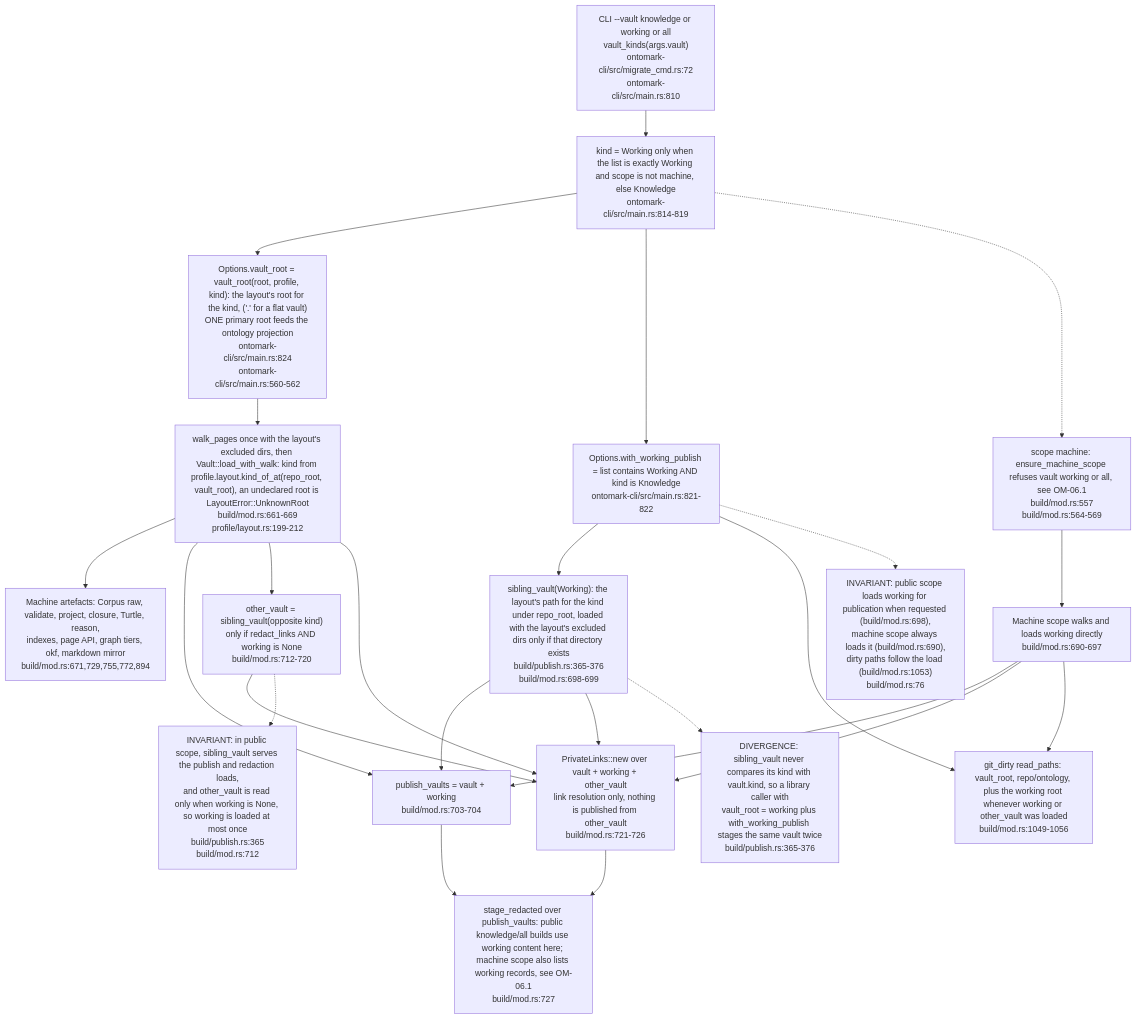
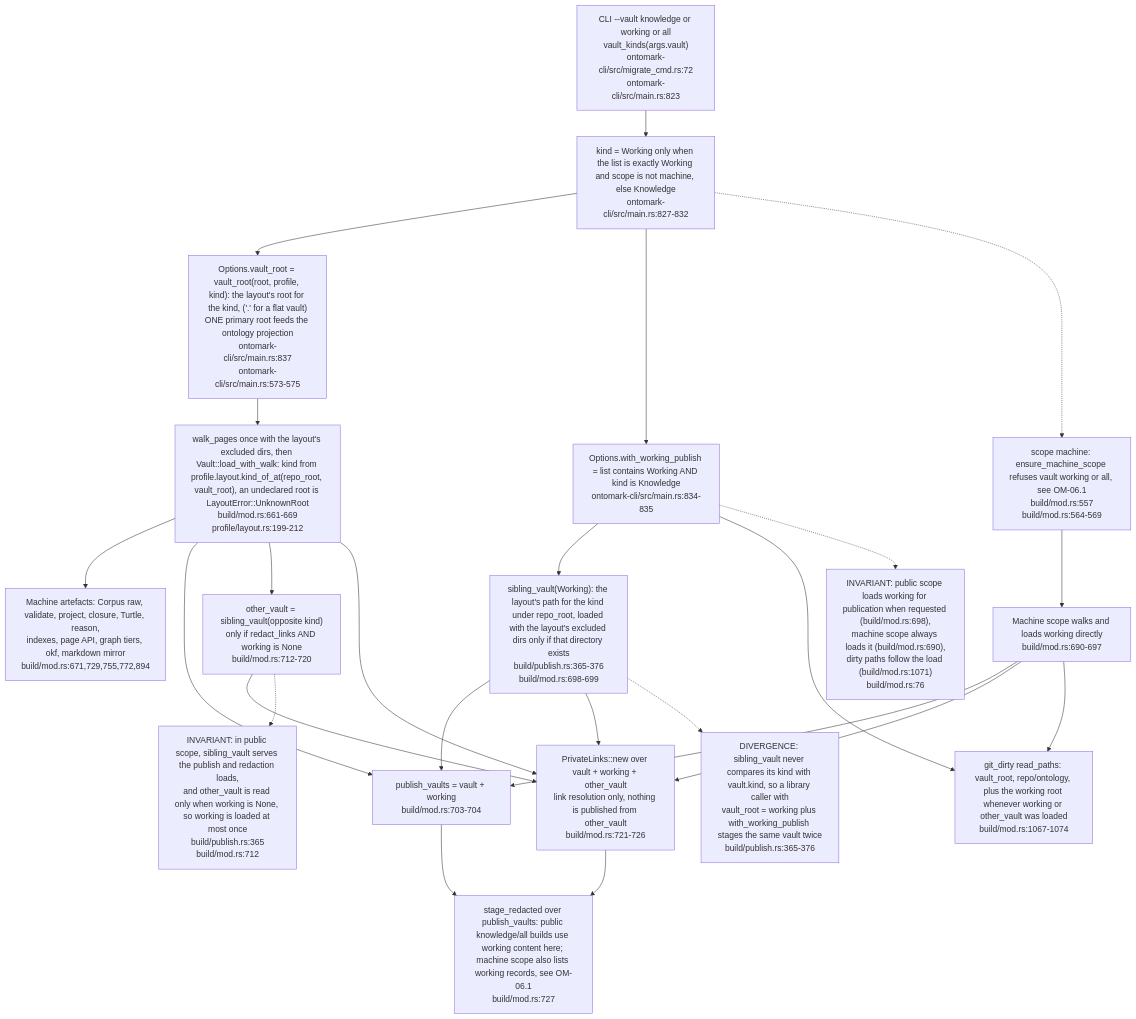
Before and after one commit to DreamLab-AI/VisionFlow: the second of 8 diagrams in docs/diagrams/ontomark/03-build-run-gates-staging-and-generation.md, drawn with Mermaid. The commit also changed other lines of this file and 70 other files, not shown here.

First line of the commit message:
docs(diagrams): re-verify 69 topics at current default-branch heads

````diff
--- a/docs/diagrams/ontomark/03-build-run-gates-staging-and-generation.md
+++ b/docs/diagrams/ontomark/03-build-run-gates-staging-and-generation.md
@@ -77,36 +79,36 @@
 ```mermaid
 flowchart TD
-    ARG["CLI --vault knowledge or working or all<br/>vault_kinds(args.vault)<br/>ontomark-cli/src/migrate_cmd.rs:72<br/>ontomark-cli/src/main.rs:810"]
-    KIND["kind = Working only when the list is exactly Working and scope is not machine, else Knowledge<br/>ontomark-cli/src/main.rs:814-819"]
-    ROOT["Options.vault_root = vault_root(root, profile, kind): the layout's root for the kind, ('.' for a flat vault)<br/>ONE primary root feeds the ontology projection<br/>ontomark-cli/src/main.rs:824<br/>ontomark-cli/src/main.rs:560-562"]
-    WIDE["Options.with_working_publish = list contains Working AND kind is Knowledge<br/>ontomark-cli/src/main.rs:821-822"]
+    ARG["CLI --vault knowledge or working or all<br/>vault_kinds(args.vault)<br/>ontomark-cli/src/migrate_cmd.rs:72<br/>ontomark-cli/src/main.rs:823"]
+    KIND["kind = Working only when the list is exactly Working and scope is not machine, else Knowledge<br/>ontomark-cli/src/main.rs:827-832"]
+    ROOT["Options.vault_root = vault_root(root, profile, kind): the layout's root for the kind, ('.' for a flat vault)<br/>ONE primary root feeds the ontology projection<br/>ontomark-cli/src/main.rs:837<br/>ontomark-cli/src/main.rs:573-575"]
+    WIDE["Options.with_working_publish = list contains Working AND kind is Knowledge<br/>ontomark-cli/src/main.rs:834-835"]
     MSC["scope machine: ensure_machine_scope refuses vault working or all, see OM-06.1<br/>build/mod.rs:557<br/>build/mod.rs:564-569"]
     LOAD["walk_pages once with the layout's excluded dirs, then Vault::load_with_walk: kind from profile.layout.kind_of_at(repo_root, vault_root), an undeclared root is LayoutError::UnknownRoot<br/>build/mod.rs:661-669<br/>profile/layout.rs:199-212"]
     MACH["Machine artefacts: Corpus raw, validate, project, closure, Turtle, reason,<br/>indexes, page API, graph tiers, okf, markdown mirror<br/>build/mod.rs:671,729,755,772,894"]
     SW["sibling_vault(Working): the layout's path for the kind under repo_root, loaded with the layout's excluded dirs only if that directory exists<br/>build/publish.rs:365-376<br/>build/mod.rs:698-699"]
     PUBV["publish_vaults = vault + working<br/>build/mod.rs:703-704"]
     STAGE["stage_redacted over publish_vaults: public knowledge/all builds use working content here; machine scope also lists working records, see OM-06.1<br/>build/mod.rs:727"]
     OTHER["other_vault = sibling_vault(opposite kind)<br/>only if redact_links AND working is None<br/>build/mod.rs:712-720"]
     PL["PrivateLinks::new over vault + working + other_vault<br/>link resolution only, nothing is published from other_vault<br/>build/mod.rs:721-726"]
-    GITD["git_dirty read_paths: vault_root, repo/ontology, plus the working root whenever working or other_vault was loaded<br/>build/mod.rs:1049-1056"]
-    N1["INVARIANT: public scope loads working for publication when requested (build/mod.rs:698),<br/>machine scope always loads it (build/mod.rs:690),<br/>dirty paths follow the load (build/mod.rs:1053)<br/>build/mod.rs:76"]
+    GITD["git_dirty read_paths: vault_root, repo/ontology, plus the working root whenever working or other_vault was loaded<br/>build/mod.rs:1067-1074"]
+    N1["INVARIANT: public scope loads working for publication when requested (build/mod.rs:698),<br/>machine scope always loads it (build/mod.rs:690),<br/>dirty paths follow the load (build/mod.rs:1071)<br/>build/mod.rs:76"]
     N2["INVARIANT: in public scope, sibling_vault serves the publish and redaction loads,<br/>and other_vault is read only when working is None, so working is loaded at most once<br/>build/publish.rs:365<br/>build/mod.rs:712"]
     N3["DIVERGENCE: sibling_vault never compares its kind with vault.kind, so a library caller with<br/>vault_root = working plus with_working_publish stages the same vault twice<br/>build/publish.rs:365-376"]
     ARG --> KIND --> ROOT --> LOAD --> MACH
     KIND --> WIDE
     WIDE --> SW --> PUBV --> STAGE
     LOAD --> PUBV
     LOAD --> OTHER --> PL
     SW --> PL
     LOAD --> PL
     PL --> STAGE
     WIDE --> GITD
     KIND -.-> MSC
     MSC --> ML["Machine scope walks and loads working directly<br/>build/mod.rs:690-697"]
     ML --> PUBV
     ML --> PL
     ML --> GITD
     WIDE -.-> N1
     OTHER -.-> N2
     SW -.-> N3
 ```
````
